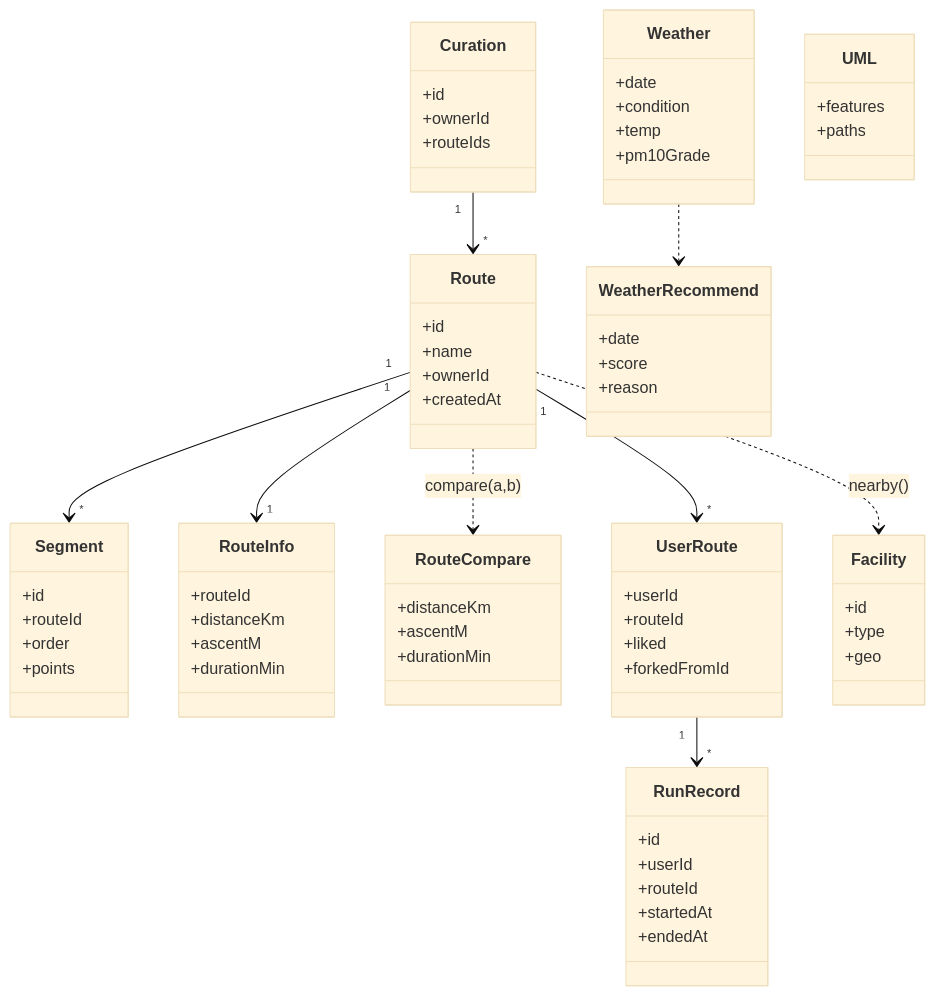
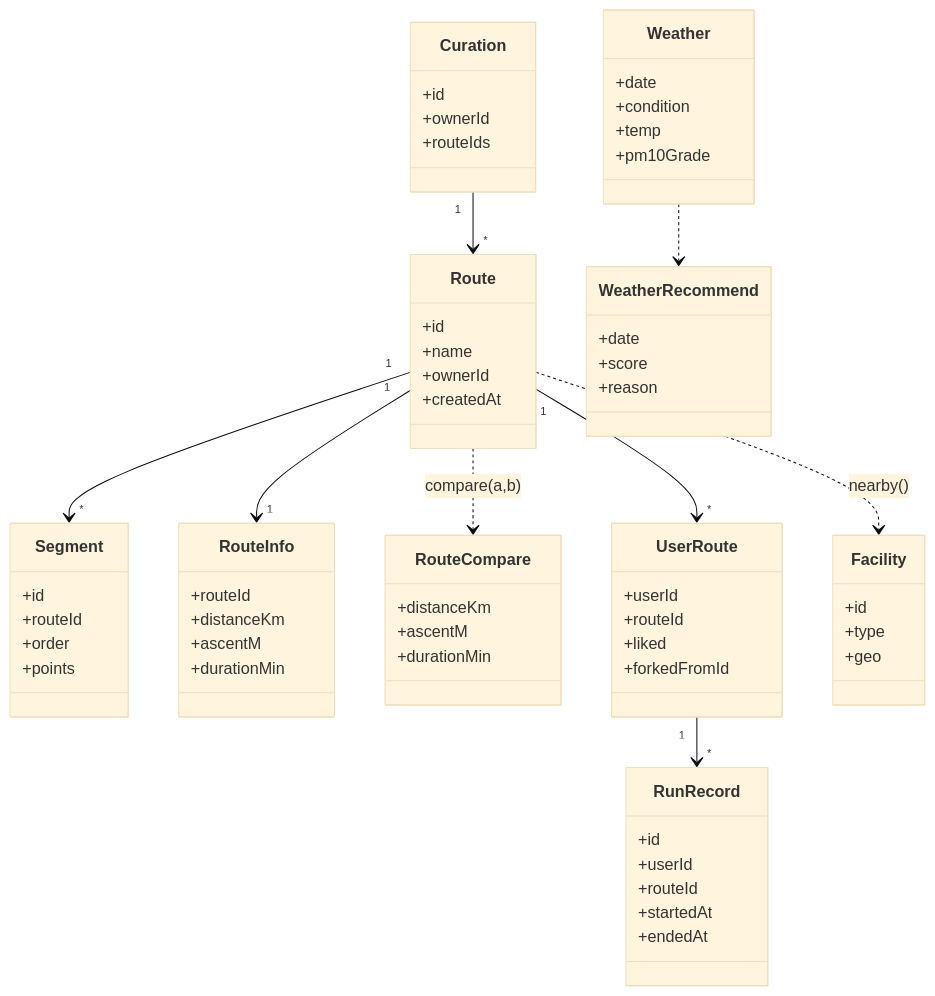
The diagram in docs/wiki/3-Domain-Model.md (gomj-runnable/runnable2.0), drawn with Mermaid (base theme) before and after one commit. The commit also changed other lines of this file and 38 other files, not shown here.

First line of the commit message:
chore(uml): UML 도메인 전면 제거 (#339)

````diff
--- a/docs/wiki/3-Domain-Model.md
+++ b/docs/wiki/3-Domain-Model.md
@@ -56,73 +55,68 @@
 ```mermaid
 classDiagram
     class Route {
       +id
       +name
       +ownerId
       +createdAt
     }
     class Segment {
       +id
       +routeId
       +order
       +points
     }
     class RouteInfo {
       +routeId
       +distanceKm
       +ascentM
       +durationMin
     }
     class RouteCompare {
       +distanceKm
       +ascentM
       +durationMin
     }
     class RunRecord {
       +id
       +userId
       +routeId
       +startedAt
       +endedAt
     }
     class UserRoute {
       +userId
       +routeId
       +liked
       +forkedFromId
     }
     class Facility {
       +id
       +type
       +geo
     }
     class Curation {
       +id
       +ownerId
       +routeIds
     }
     class Weather {
       +date
       +condition
       +temp
       +pm10Grade
     }
     class WeatherRecommend {
       +date
       +score
       +reason
     }
-    class UML {
-      +features
-      +paths
-    }
-
     Route "1" --> "*" Segment
     Route "1" --> "1" RouteInfo
     Route "1" --> "*" UserRoute
     Route ..> RouteCompare : compare(a,b)
     UserRoute "1" --> "*" RunRecord
     Curation "1" --> "*" Route
     Route ..> Facility : nearby()
     Weather ..> WeatherRecommend
 ```
````
